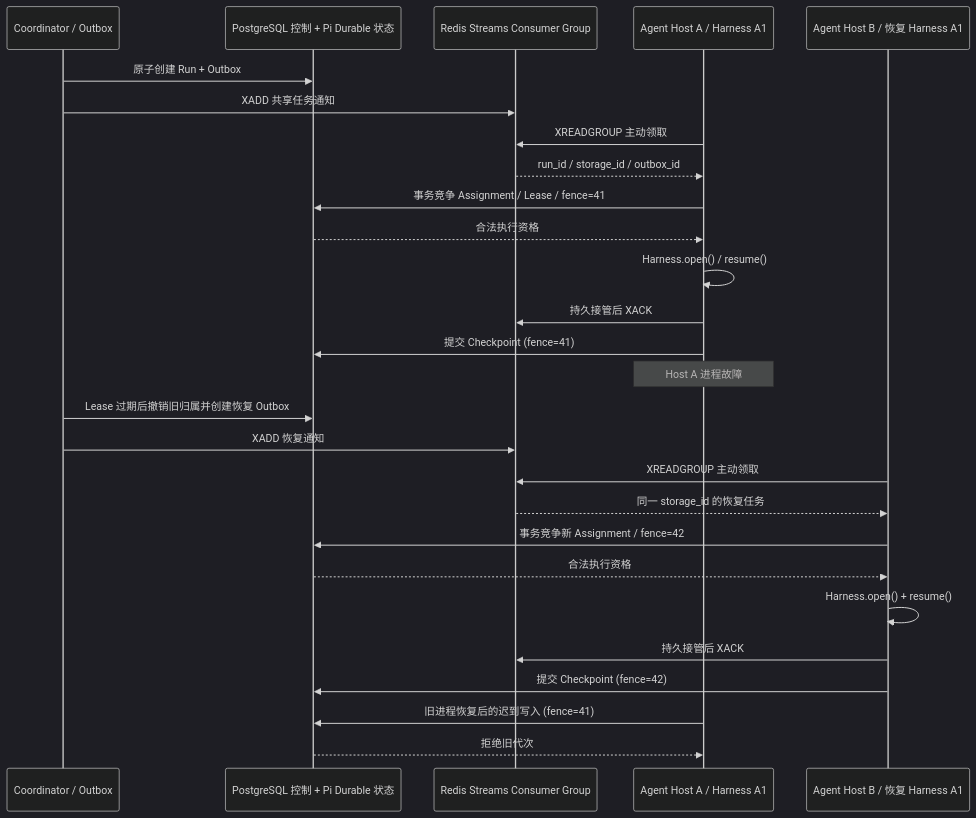
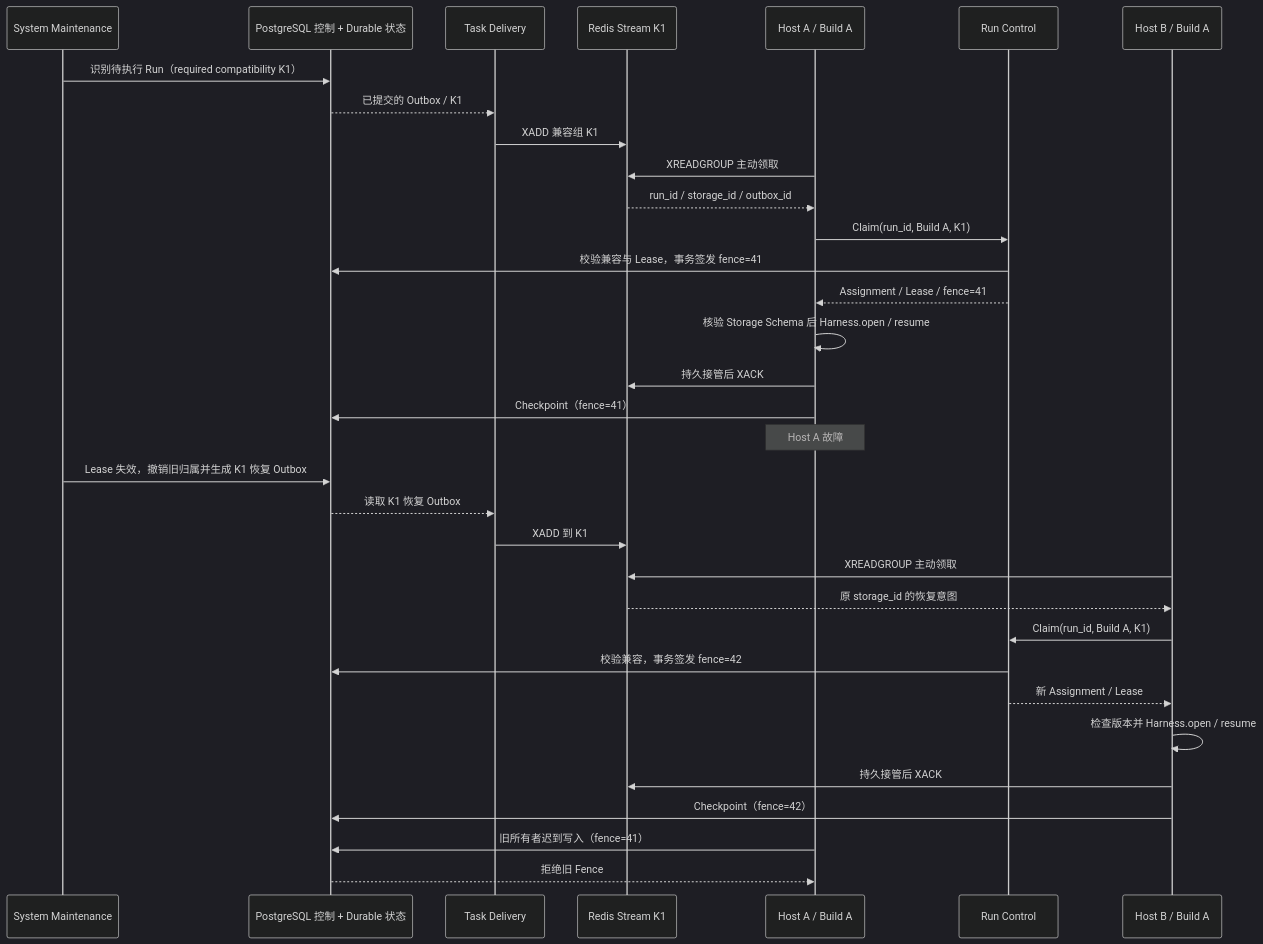
One commit to trojanbox/internal-ai-platform changed the second of 2 diagrams in docs/distributed-agent-architecture.md. Above: the diagram before and after it, drawn with Mermaid (dark theme). The commit also changed other lines of this file, not shown here.

Commit message:
docs: define isolated Pi Durable runtime build pools and independent control services

```diff
--- a/docs/distributed-agent-architecture.md
+++ b/docs/distributed-agent-architecture.md
@@ -329,30 +388,36 @@
 ~~~mermaid
 sequenceDiagram
-    participant C as Coordinator / Outbox
-    participant P as PostgreSQL 控制 + Pi Durable 状态
-    participant S as Redis Streams Consumer Group
-    participant A as Agent Host A / Harness A1
-    participant B as Agent Host B / 恢复 Harness A1
+    participant M as System Maintenance
+    participant P as PostgreSQL 控制 + Durable 状态
+    participant D as Task Delivery
+    participant S as Redis Stream K1
+    participant A as Host A / Build A
+    participant C as Run Control
+    participant B as Host B / Build A
 
-    C->>P: 原子创建 Run + Outbox
-    C->>S: XADD 共享任务通知
+    M->>P: 识别待执行 Run（required compatibility K1）
+    P-->>D: 已提交的 Outbox / K1
+    D->>S: XADD 兼容组 K1
     A->>S: XREADGROUP 主动领取
     S-->>A: run_id / storage_id / outbox_id
-    A->>P: 事务竞争 Assignment / Lease / fence=41
-    P-->>A: 合法执行资格
-    A->>A: Harness.open() / resume()
+    A->>C: Claim(run_id, Build A, K1)
+    C->>P: 校验兼容与 Lease，事务签发 fence=41
+    C-->>A: Assignment / Lease / fence=41
+    A->>A: 核验 Storage Schema 后 Harness.open / resume
     A->>S: 持久接管后 XACK
-    A->>P: 提交 Checkpoint (fence=41)
-    Note over A: Host A 进程故障
-    C->>P: Lease 过期后撤销旧归属并创建恢复 Outbox
-    C->>S: XADD 恢复通知
+    A->>P: Checkpoint（fence=41）
+    Note over A: Host A 故障
+    M->>P: Lease 失效，撤销旧归属并生成 K1 恢复 Outbox
+    P-->>D: 读取 K1 恢复 Outbox
+    D->>S: XADD 到 K1
     B->>S: XREADGROUP 主动领取
-    S-->>B: 同一 storage_id 的恢复任务
-    B->>P: 事务竞争新 Assignment / fence=42
-    P-->>B: 合法执行资格
-    B->>B: Harness.open() + resume()
+    S-->>B: 原 storage_id 的恢复意图
+    B->>C: Claim(run_id, Build A, K1)
+    C->>P: 校验兼容，事务签发 fence=42
+    C-->>B: 新 Assignment / Lease
+    B->>B: 检查版本并 Harness.open / resume
     B->>S: 持久接管后 XACK
-    B->>P: 提交 Checkpoint (fence=42)
-    A->>P: 旧进程恢复后的迟到写入 (fence=41)
-    P-->>A: 拒绝旧代次
+    B->>P: Checkpoint（fence=42）
+    A->>P: 旧所有者迟到写入（fence=41）
+    P-->>A: 拒绝旧 Fence
 ~~~
```
